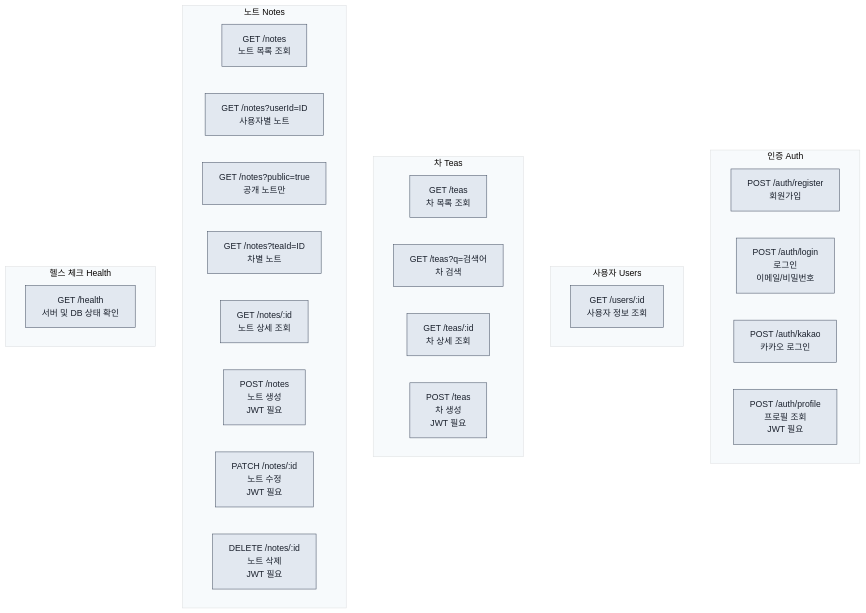
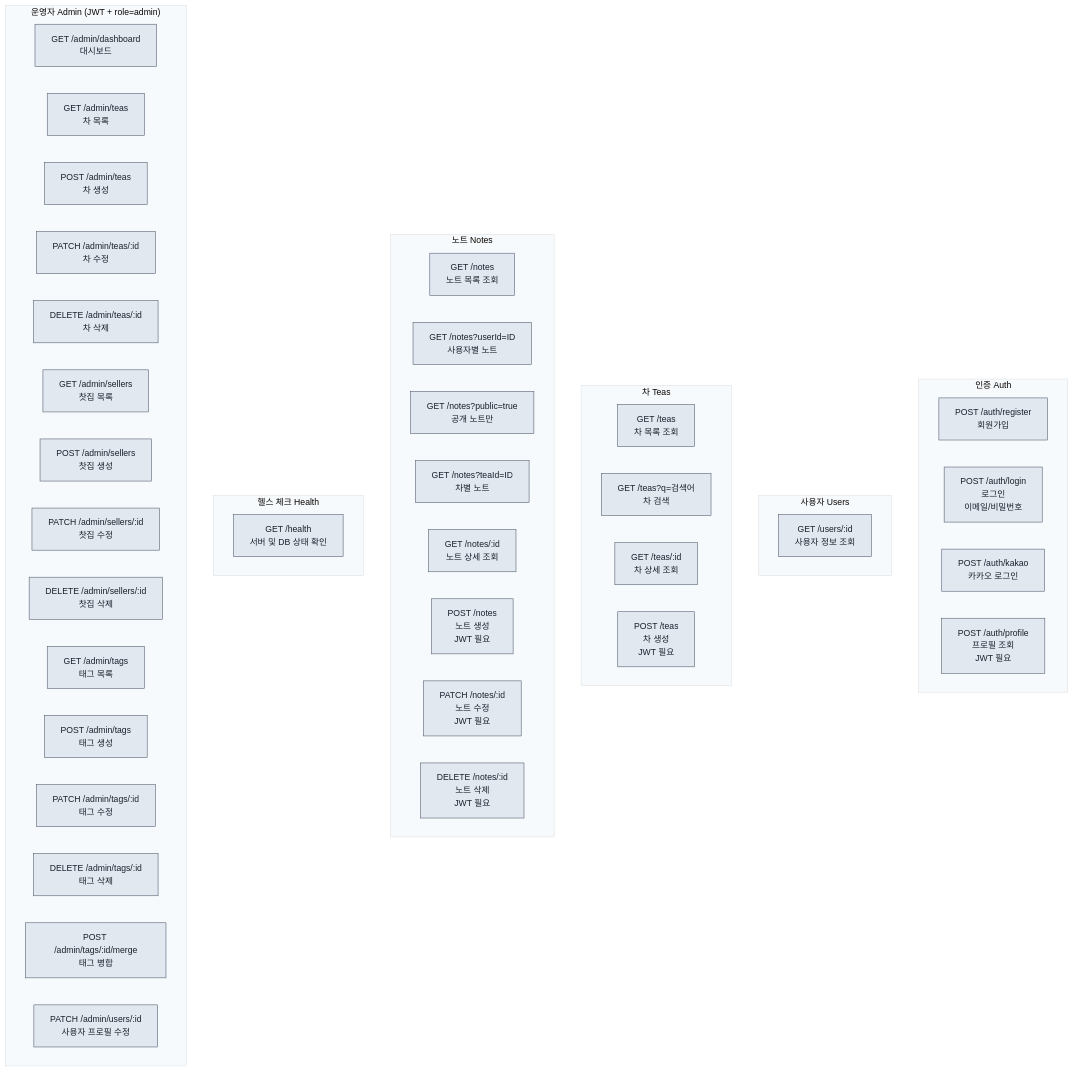
One commit to FLYLIKEB/ChaLog changed the fifth of 11 diagrams in docs/architecture/SERVER_ARCHITECTURE.md. Above: the diagram before and after it, drawn with Mermaid. The commit also changed other lines of this file and 11 other files, not shown here.

````diff
--- a/docs/architecture/SERVER_ARCHITECTURE.md
+++ b/docs/architecture/SERVER_ARCHITECTURE.md
@@ -180,37 +182,55 @@
 ```mermaid
 %%{init: {'theme':'base', 'themeVariables': { 'primaryColor':'#e2e8f0', 'primaryTextColor':'#1a202c', 'primaryBorderColor':'#4a5568', 'lineColor':'#718096', 'secondaryColor':'#cbd5e0', 'tertiaryColor':'#f7fafc'}}}%%
 graph TB
     subgraph Auth["인증 Auth"]
         A1["POST /auth/register<br/>회원가입"]
         A2["POST /auth/login<br/>로그인<br/>이메일/비밀번호"]
         A3["POST /auth/kakao<br/>카카오 로그인"]
         A4["POST /auth/profile<br/>프로필 조회<br/>JWT 필요"]
     end
 
     subgraph Users["사용자 Users"]
         U1["GET /users/:id<br/>사용자 정보 조회"]
     end
 
     subgraph Teas["차 Teas"]
         T1["GET /teas<br/>차 목록 조회"]
         T2["GET /teas?q=검색어<br/>차 검색"]
         T3["GET /teas/:id<br/>차 상세 조회"]
         T4["POST /teas<br/>차 생성<br/>JWT 필요"]
     end
 
     subgraph Notes["노트 Notes"]
         N1["GET /notes<br/>노트 목록 조회"]
         N2["GET /notes?userId=ID<br/>사용자별 노트"]
         N3["GET /notes?public=true<br/>공개 노트만"]
         N4["GET /notes?teaId=ID<br/>차별 노트"]
         N5["GET /notes/:id<br/>노트 상세 조회"]
         N6["POST /notes<br/>노트 생성<br/>JWT 필요"]
         N7["PATCH /notes/:id<br/>노트 수정<br/>JWT 필요"]
         N8["DELETE /notes/:id<br/>노트 삭제<br/>JWT 필요"]
     end
 
     subgraph Health["헬스 체크 Health"]
         H1["GET /health<br/>서버 및 DB 상태 확인"]
     end
 
+    subgraph Admin["운영자 Admin (JWT + role=admin)"]
+        AD1["GET /admin/dashboard<br/>대시보드"]
+        AD2["GET /admin/teas<br/>차 목록"]
+        AD3["POST /admin/teas<br/>차 생성"]
+        AD4["PATCH /admin/teas/:id<br/>차 수정"]
+        AD5["DELETE /admin/teas/:id<br/>차 삭제"]
+        AD6["GET /admin/sellers<br/>찻집 목록"]
+        AD7["POST /admin/sellers<br/>찻집 생성"]
+        AD8["PATCH /admin/sellers/:id<br/>찻집 수정"]
+        AD9["DELETE /admin/sellers/:id<br/>찻집 삭제"]
+        AD10["GET /admin/tags<br/>태그 목록"]
+        AD11["POST /admin/tags<br/>태그 생성"]
+        AD12["PATCH /admin/tags/:id<br/>태그 수정"]
+        AD13["DELETE /admin/tags/:id<br/>태그 삭제"]
+        AD14["POST /admin/tags/:id/merge<br/>태그 병합"]
+        AD15["PATCH /admin/users/:id<br/>사용자 프로필 수정"]
+    end
+
 ```
````
